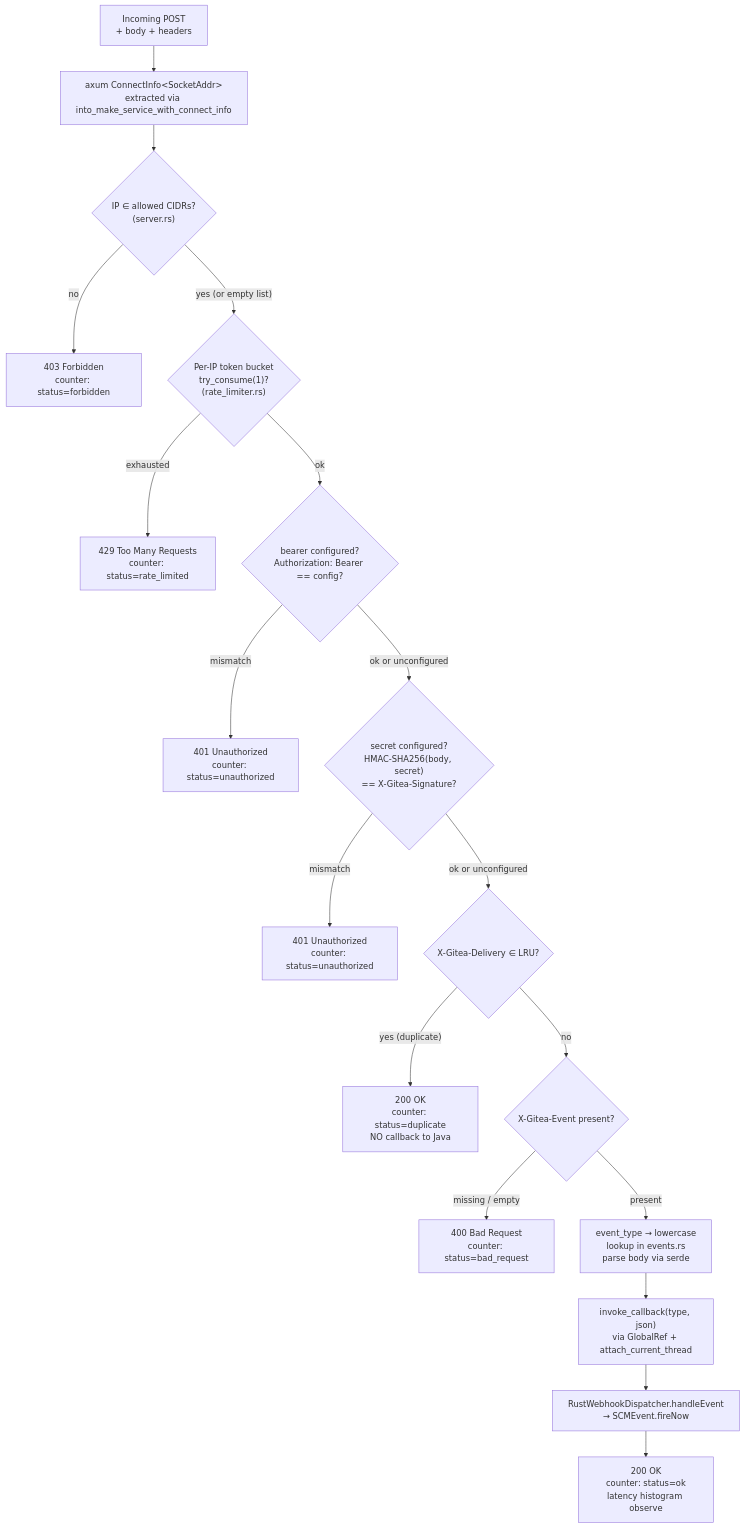
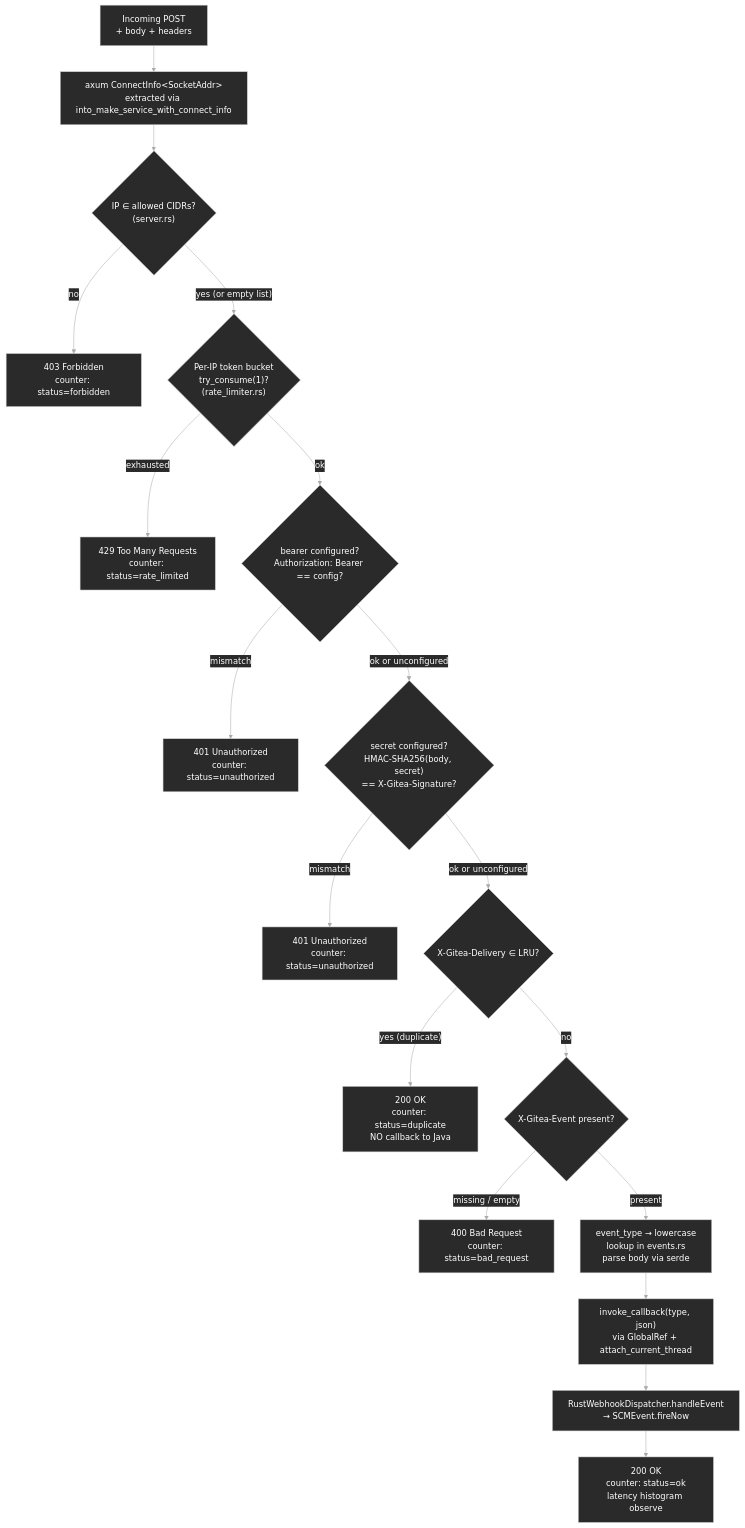
One commit to kk7453603/gitea-jenkins-plugin-rs changed the ninth of 10 diagrams in docs/ARCHITECTURE.md. Above: the diagram before and after it, drawn with Mermaid. The commit also changed other lines of this file, not shown here.

First line of the commit message:
docs(arch): mermaid diagrams dark-theme friendly

````diff
--- a/docs/ARCHITECTURE.md
+++ b/docs/ARCHITECTURE.md
@@ -463,35 +471,36 @@
 ```mermaid
+%%{init: {'theme':'base', 'themeVariables': {'primaryTextColor':'#fff', 'primaryBorderColor':'#ccc', 'lineColor':'#aaa', 'background':'#1e1e1e', 'mainBkg':'#2a2a2a', 'secondBkg':'#3a3a3a', 'tertiaryBkg':'#444', 'edgeLabelBackground':'#2a2a2a', 'clusterBkg':'#2a2a2a', 'clusterBorder':'#888', 'actorBkg':'#2a4a6a', 'actorBorder':'#6af', 'actorTextColor':'#fff', 'actorLineColor':'#888', 'signalColor':'#fff', 'signalTextColor':'#fff', 'labelBoxBkgColor':'#2a2a2a', 'labelTextColor':'#fff', 'loopTextColor':'#fff', 'noteBorderColor':'#888', 'noteBkgColor':'#444', 'activationBorderColor':'#888', 'activationBkgColor':'#444', 'sequenceNumberColor':'#fff'}}}%%
 graph TD
     Req["Incoming POST<br/>+ body + headers"]
     ConnInfo["axum ConnectInfo&lt;SocketAddr&gt;<br/>extracted via into_make_service_with_connect_info"]
 
     Req --> ConnInfo
     ConnInfo --> IPCheck{"IP ∈ allowed CIDRs?<br/>(server.rs)"}
     IPCheck -->|"no"| F403["403 Forbidden<br/>counter: status=forbidden"]
     IPCheck -->|"yes (or empty list)"| RateCheck
 
     RateCheck{"Per-IP token bucket<br/>try_consume(1)?<br/>(rate_limiter.rs)"}
     RateCheck -->|"exhausted"| F429["429 Too Many Requests<br/>counter: status=rate_limited"]
     RateCheck -->|"ok"| BearerCheck
 
     BearerCheck{"bearer configured?<br/>Authorization: Bearer == config?"}
     BearerCheck -->|"mismatch"| F401b["401 Unauthorized<br/>counter: status=unauthorized"]
     BearerCheck -->|"ok or unconfigured"| HMACCheck
 
     HMACCheck{"secret configured?<br/>HMAC-SHA256(body, secret)<br/>== X-Gitea-Signature?"}
     HMACCheck -->|"mismatch"| F401h["401 Unauthorized<br/>counter: status=unauthorized"]
     HMACCheck -->|"ok or unconfigured"| DedupCheck
 
     DedupCheck{"X-Gitea-Delivery ∈ LRU?"}
     DedupCheck -->|"yes (duplicate)"| F200d["200 OK<br/>counter: status=duplicate<br/>NO callback to Java"]
     DedupCheck -->|"no"| EventHeader
 
     EventHeader{"X-Gitea-Event present?"}
     EventHeader -->|"missing / empty"| F400["400 Bad Request<br/>counter: status=bad_request"]
     EventHeader -->|"present"| Parse
 
     Parse["event_type → lowercase<br/>lookup in events.rs<br/>parse body via serde"]
     Parse --> Callback["invoke_callback(type, json)<br/>via GlobalRef + attach_current_thread"]
     Callback --> Dispatch["RustWebhookDispatcher.handleEvent<br/>→ SCMEvent.fireNow"]
     Dispatch --> F200["200 OK<br/>counter: status=ok<br/>latency histogram observe"]
 ```
````
